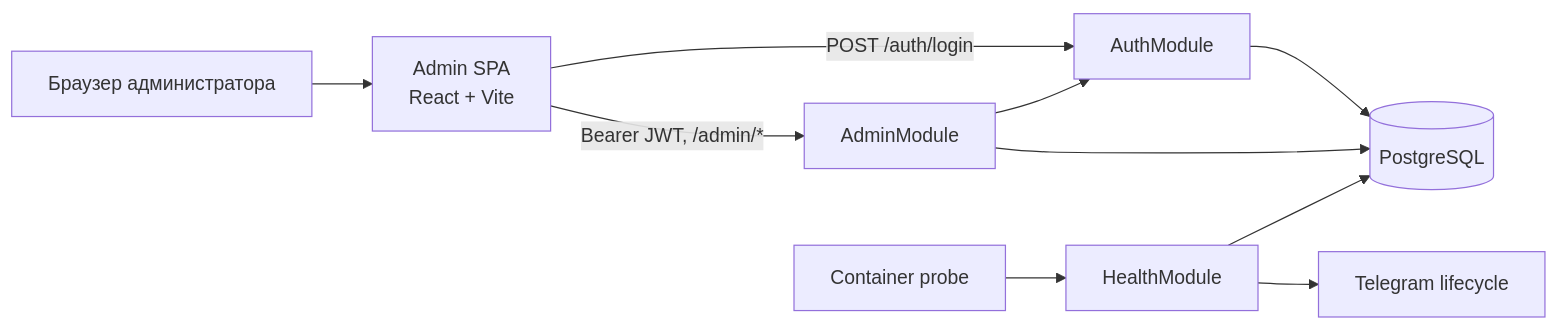
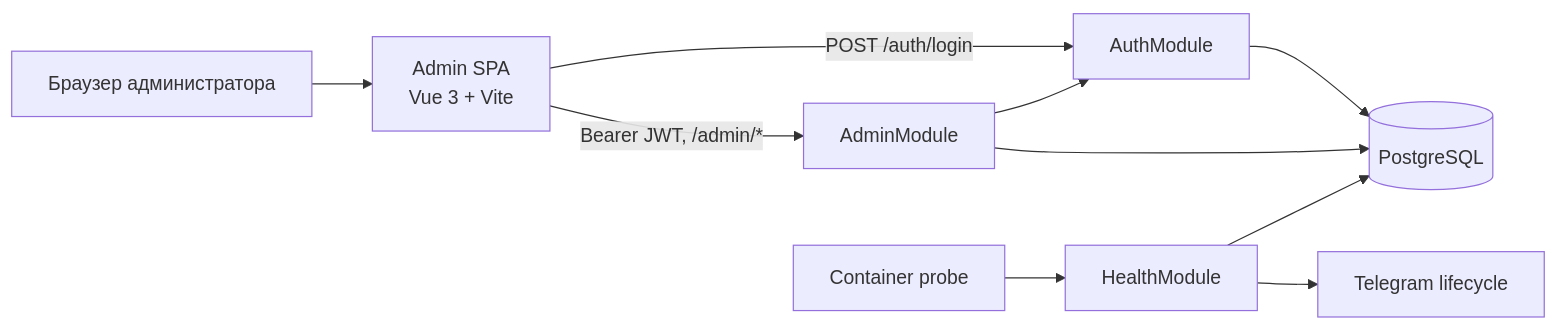
The first of 2 diagrams in docs/architecture/06-admin-and-operations.md (moredark/talking-bob), drawn with Mermaid before and after one commit. The commit also changed other lines of this file and 131 other files, not shown here.

````diff
--- a/docs/architecture/06-admin-and-operations.md
+++ b/docs/architecture/06-admin-and-operations.md
@@ -5,12 +5,12 @@
 ```mermaid
 flowchart LR
-    browser[Браузер администратора] --> spa["Admin SPA<br/>React + Vite"]
+    browser[Браузер администратора] --> spa["Admin SPA<br/>Vue 3 + Vite"]
     spa -->|POST /auth/login| auth[AuthModule]
     spa -->|Bearer JWT, /admin/*| admin[AdminModule]
     admin --> auth
     auth --> db[(PostgreSQL)]
     admin --> db
     probe[Container probe] --> health[HealthModule]
     health --> db
     health --> telegram[Telegram lifecycle]
 ```
````
